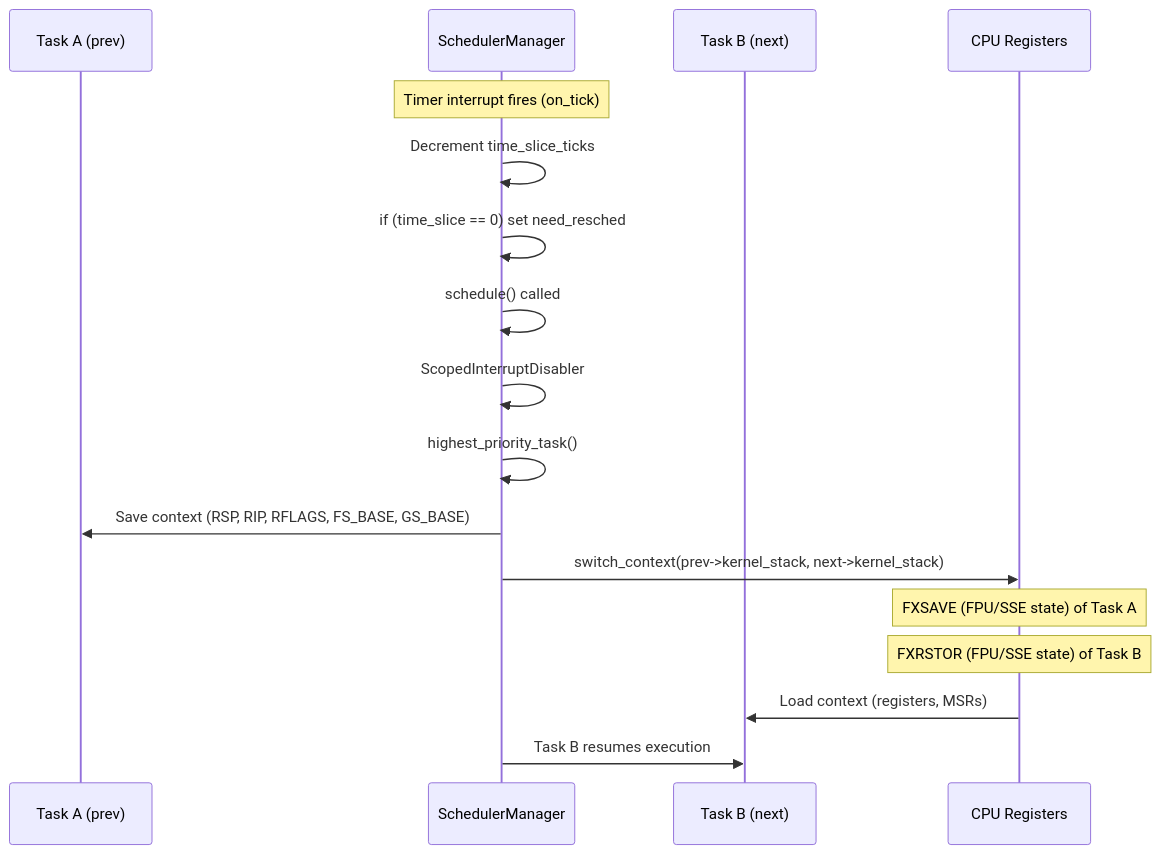
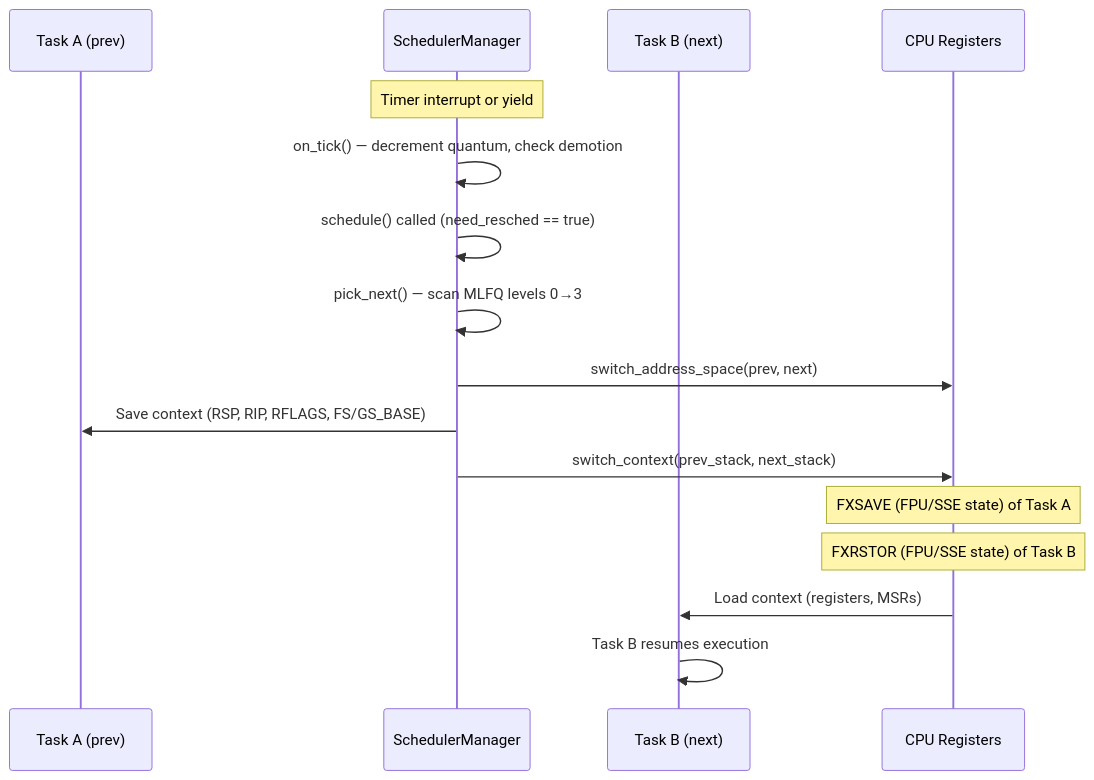
Before and after one commit to KitsuneBSD/FKernel: the eighth of 9 diagrams in Docs/Domains/process-scheduling.md, drawn with Mermaid. The commit also changed other lines of this file and 252 other files, not shown here.

````diff
--- a/Docs/Domains/process-scheduling.md
+++ b/Docs/Domains/process-scheduling.md
@@ -64,20 +228,19 @@
 ```mermaid
 sequenceDiagram
     participant T1 as Task A (prev)
     participant S as SchedulerManager
     participant T2 as Task B (next)
     participant CPU as CPU Registers
 
-    Note over S: Timer interrupt fires (on_tick)
-    S->>S: Decrement time_slice_ticks
-    S->>S: if (time_slice == 0) set need_resched
-    S->>S: schedule() called
-    S->>S: ScopedInterruptDisabler
-    S->>S: highest_priority_task()
-    S->>T1: Save context (RSP, RIP, RFLAGS, FS_BASE, GS_BASE)
-    S->>CPU: switch_context(prev->kernel_stack, next->kernel_stack)
+    Note over S: Timer interrupt or yield
+    S->>S: on_tick() — decrement quantum, check demotion
+    S->>S: schedule() called (need_resched == true)
+    S->>S: pick_next() — scan MLFQ levels 0→3
+    S->>CPU: switch_address_space(prev, next)
+    S->>T1: Save context (RSP, RIP, RFLAGS, FS/GS_BASE)
+    S->>CPU: switch_context(prev_stack, next_stack)
     Note over CPU: FXSAVE (FPU/SSE state) of Task A
     Note over CPU: FXRSTOR (FPU/SSE state) of Task B
     CPU->>T2: Load context (registers, MSRs)
-    S->>T2: Task B resumes execution
+    T2->>T2: Task B resumes execution
 ```
````
